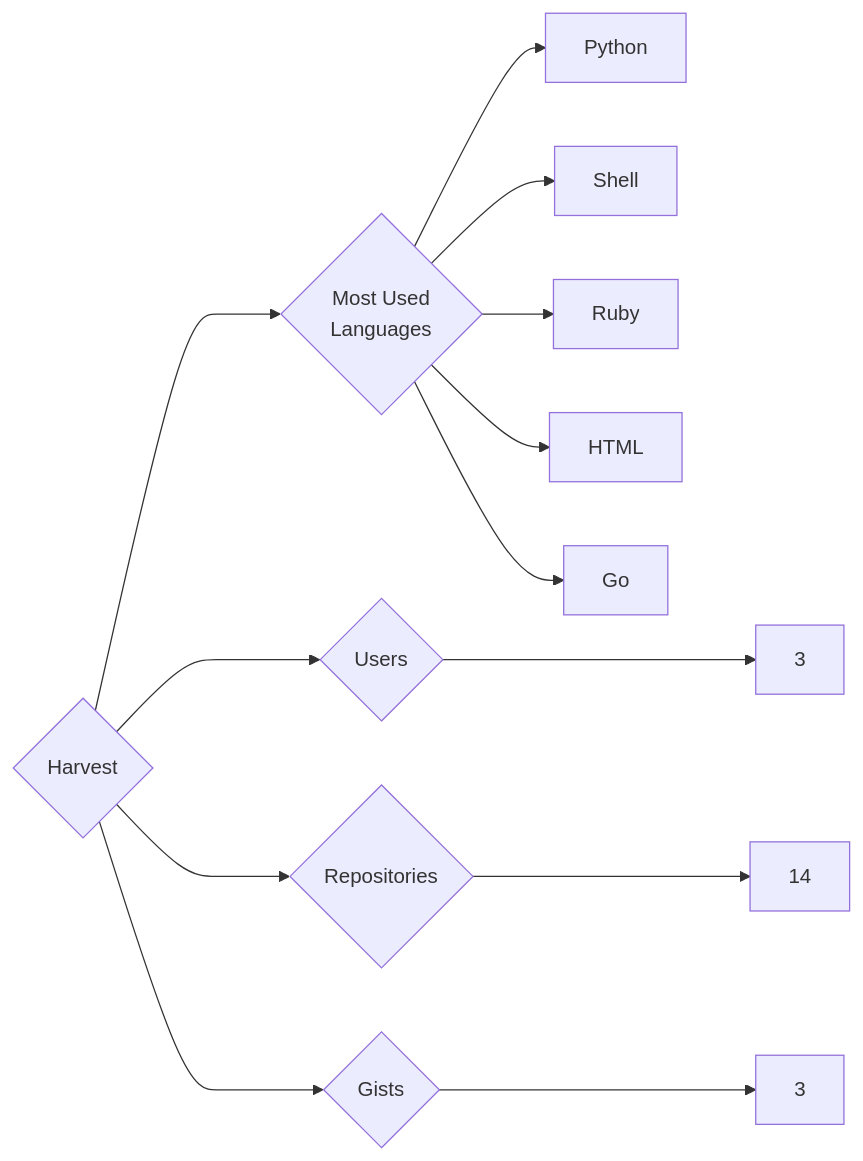
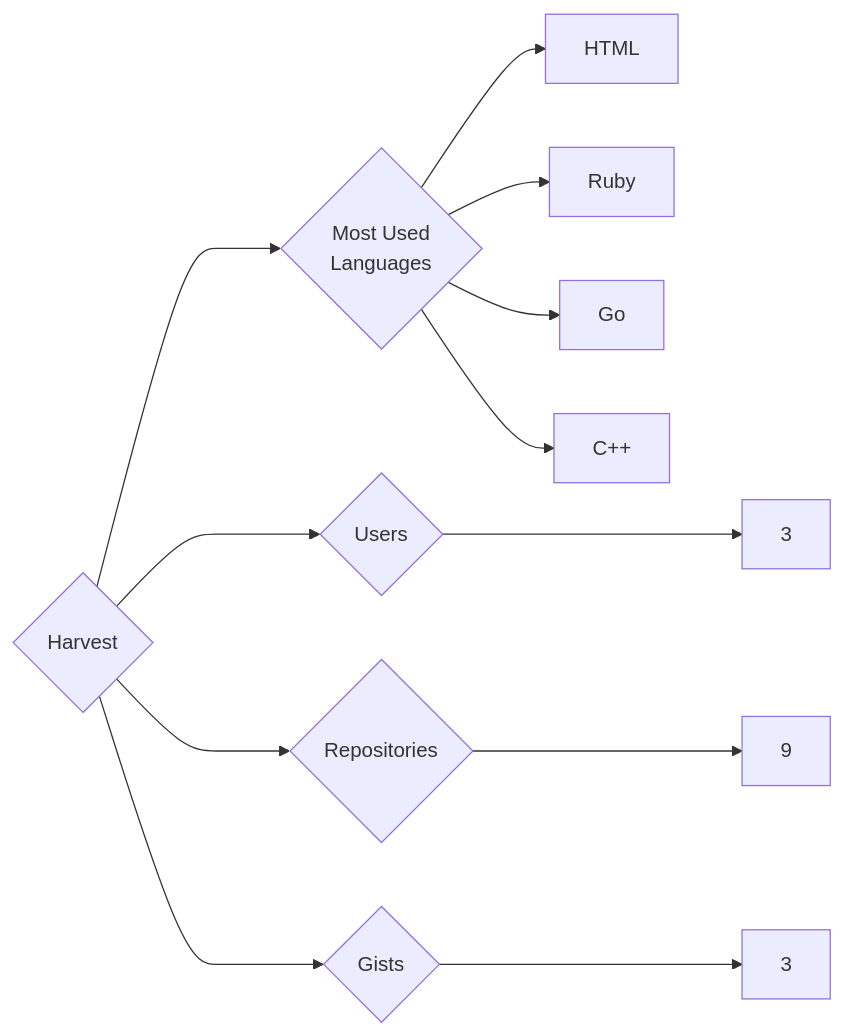
The diagram in targets/Harvest/README.md (trickest/insiders), drawn with Mermaid before and after one commit. The commit also changed 629 other files, not shown here.

````diff
--- a/targets/Harvest/README.md
+++ b/targets/Harvest/README.md
@@ -3,13 +3,12 @@
 ```mermaid
 graph LR
 COMPANY_NAME{Harvest}
 COMPANY_NAME ---> U{Users} ---> UN[3]
-COMPANY_NAME ---> R{Repositories} ---> RN[14]
+COMPANY_NAME ---> R{Repositories} ---> RN[9]
 COMPANY_NAME ---> G{Gists} ---> GN[3]
 COMPANY_NAME ---> ML{Most Used<br>Languages}
-ML --> Python[Python]
-ML --> Shell[Shell]
+ML --> HTML[HTML]
 ML --> Ruby[Ruby]
-ML --> HTML[HTML]
 ML --> Go[Go]
+ML --> C++[C++]
 ```
````
